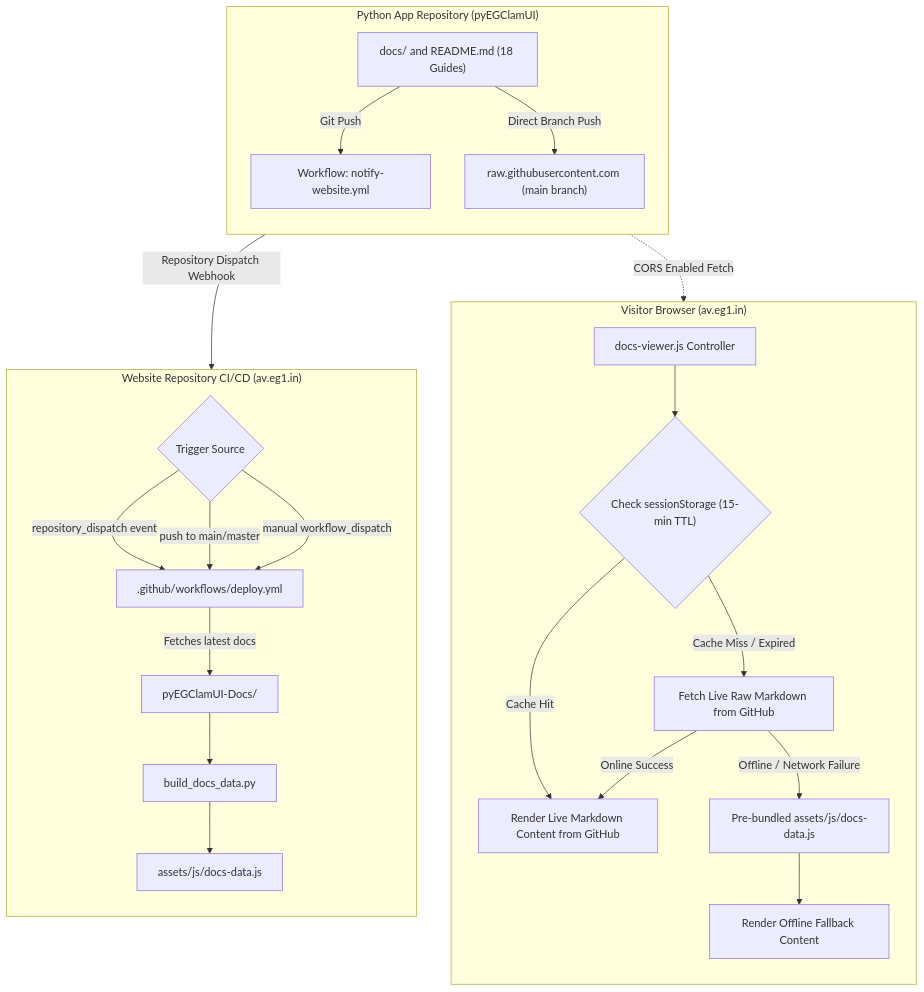
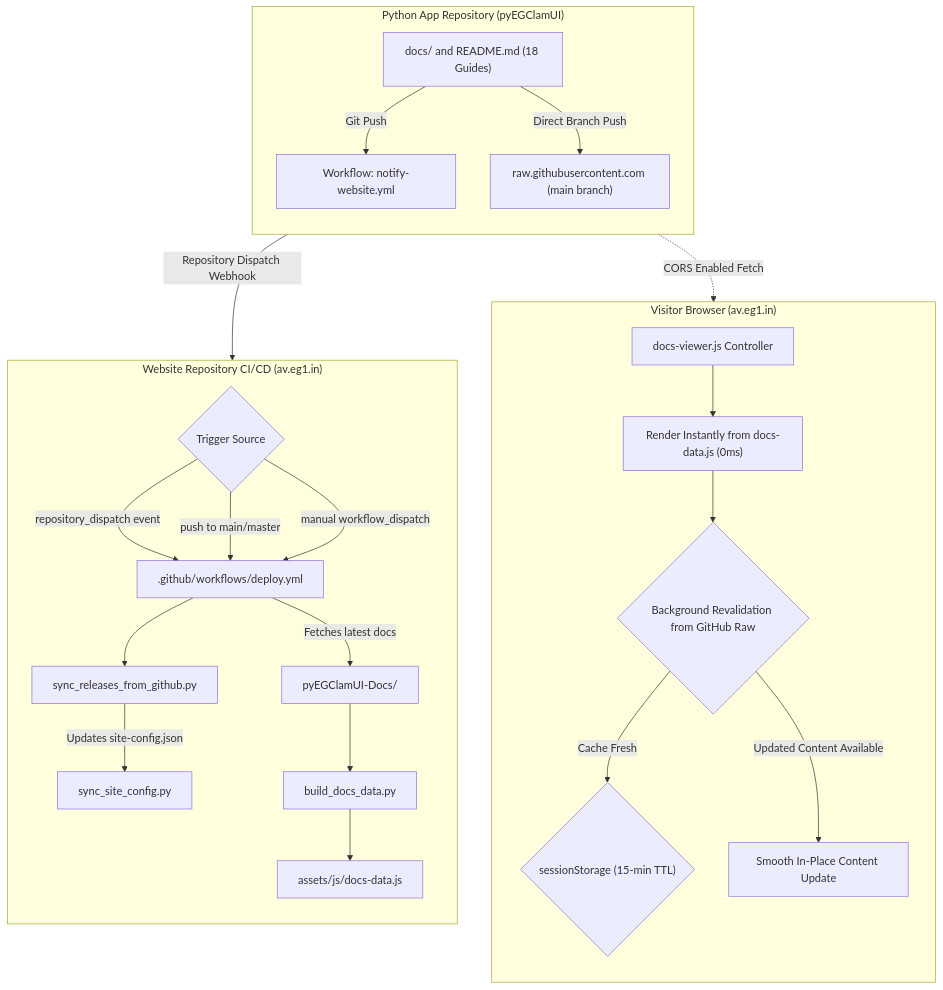
Before and after one commit to EG1DOTIN/av.eg1.in: the diagram in docs/GITHUB_ACTIONS_DOCS_SYNC.md, drawn with Mermaid. The commit also changed other lines of this file and 16 other files, not shown here.

Commit message:
feat(sync): automate GitHub releases synchronization and optimize documentation pipeline

````diff
--- a/docs/GITHUB_ACTIONS_DOCS_SYNC.md
+++ b/docs/GITHUB_ACTIONS_DOCS_SYNC.md
@@ -14,47 +14,49 @@
 ```mermaid
 flowchart TD
     subgraph AppRepo["Python App Repository (pyEGClamUI)"]
         direction TB
         AppDocs["docs/ and README.md (18 Guides)"]
         AppTrigger["Workflow: notify-website.yml"]
         RawEndpoint["raw.githubusercontent.com (main branch)"]
         AppDocs -->|"Git Push"| AppTrigger
         AppDocs -->|"Direct Branch Push"| RawEndpoint
     end
 
     subgraph ClientBrowser["Visitor Browser (av.eg1.in)"]
         direction TB
         Viewer["docs-viewer.js Controller"]
-        SessionCache{"Check sessionStorage (15-min TTL)"}
-        LiveFetch["Fetch Live Raw Markdown from GitHub"]
-        FallbackStore["Pre-bundled assets/js/docs-data.js"]
+        PreBundle["Render Instantly from docs-data.js (0ms)"]
+        BgFetch{"Background Revalidation from GitHub Raw"}
+        SessionCache{"sessionStorage (15-min TTL)"}
         
-        Viewer --> SessionCache
-        SessionCache -->|"Cache Miss / Expired"| LiveFetch
-        LiveFetch -->|"Online Success"| RenderLive["Render Live Markdown Content from GitHub"]
-        LiveFetch -->|"Offline / Network Failure"| FallbackStore
-        SessionCache -->|"Cache Hit"| RenderLive
-        FallbackStore --> RenderOffline["Render Offline Fallback Content"]
+        Viewer --> PreBundle
+        PreBundle --> BgFetch
+        BgFetch -->|"Cache Fresh"| SessionCache
+        BgFetch -->|"Updated Content Available"| LiveUpdate["Smooth In-Place Content Update"]
     end
 
-    RawEndpoint -.->|"CORS Enabled Fetch"| LiveFetch
+    RawEndpoint -.->|"CORS Enabled Fetch"| BgFetch
 
     subgraph WebRepo["Website Repository CI/CD (av.eg1.in)"]
         direction TB
         DispatchEvent{"Trigger Source"}
         LocalDocs["pyEGClamUI-Docs/"]
         WebWorkflow[".github/workflows/deploy.yml"]
+        ReleaseSync["sync_releases_from_github.py"]
+        ConfigSync["sync_site_config.py"]
         Compiler["build_docs_data.py"]
         Store["assets/js/docs-data.js"]
 
         DispatchEvent -->|"repository_dispatch event"| WebWorkflow
         DispatchEvent -->|"push to main/master"| WebWorkflow
         DispatchEvent -->|"manual workflow_dispatch"| WebWorkflow
 
+        WebWorkflow --> ReleaseSync
+        ReleaseSync -->|"Updates site-config.json"| ConfigSync
         WebWorkflow -->|"Fetches latest docs"| LocalDocs
         LocalDocs --> Compiler
         Compiler --> Store
     end
 
     AppTrigger -->|"Repository Dispatch Webhook"| DispatchEvent
 ```
````
